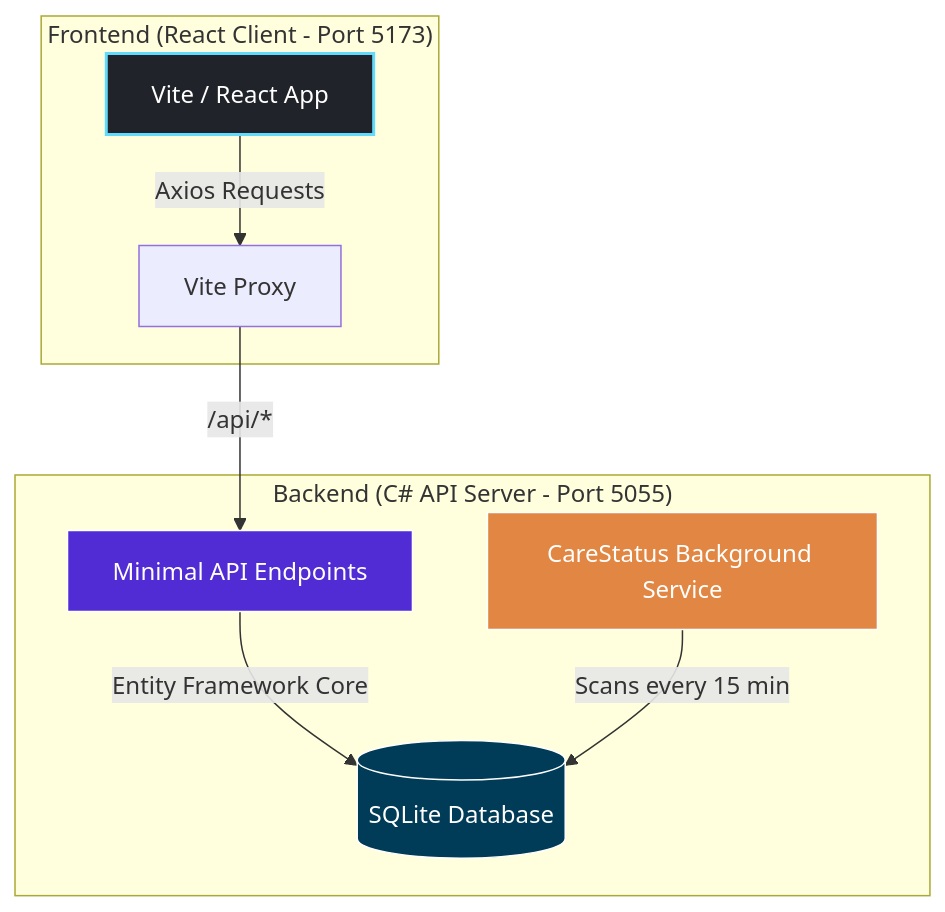
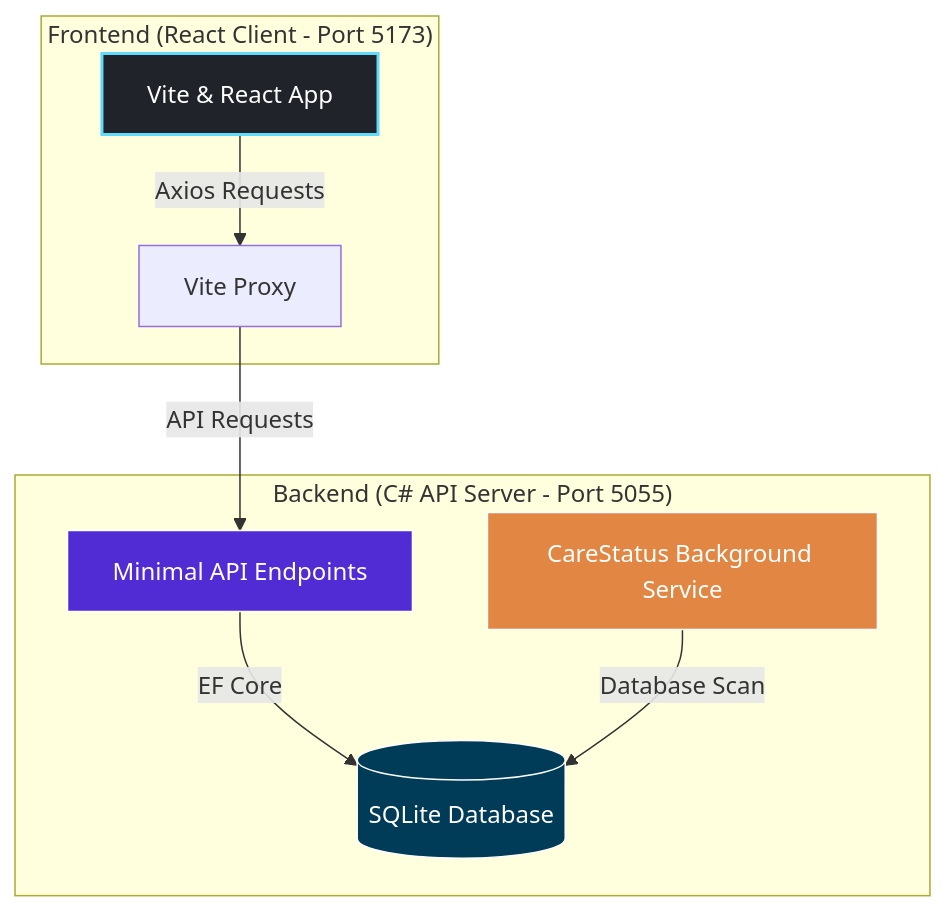
The diagram in README.md (Alonessam/patilink), drawn with Mermaid before and after one commit.

Commit message:
docs: fix special characters in Mermaid diagram

````diff
--- a/README.md
+++ b/README.md
@@ -40,17 +40,17 @@
 ```mermaid
 graph TD
     subgraph Frontend ["Frontend (React Client - Port 5173)"]
-        UI[Vite / React App] -->|Axios Requests| Proxy[Vite Proxy]
+        UI["Vite & React App"] -->|Axios Requests| Proxy["Vite Proxy"]
     end
 
     subgraph Backend ["Backend (C# API Server - Port 5055)"]
-        Proxy -->|/api/*| API[Minimal API Endpoints]
-        API -->|Entity Framework Core| DB[(SQLite Database)]
-        Worker["CareStatus Background Service"] -->|Scans every 15 min| DB
+        Proxy -->|API Requests| API["Minimal API Endpoints"]
+        API -->|EF Core| DB[("SQLite Database")]
+        Worker["CareStatus Background Service"] -->|Database Scan| DB
     end
     
     style UI fill:#20232a,stroke:#61dafb,stroke-width:2px,color:#fff
     style API fill:#512bd4,stroke:#fff,stroke-width:1px,color:#fff
     style DB fill:#003b57,stroke:#fff,stroke-width:1px,color:#fff
     style Worker fill:#e28743,stroke:#fff,stroke-width:1px,color:#fff
 ```
````
